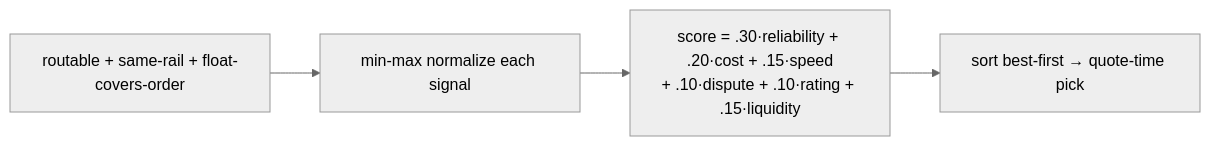
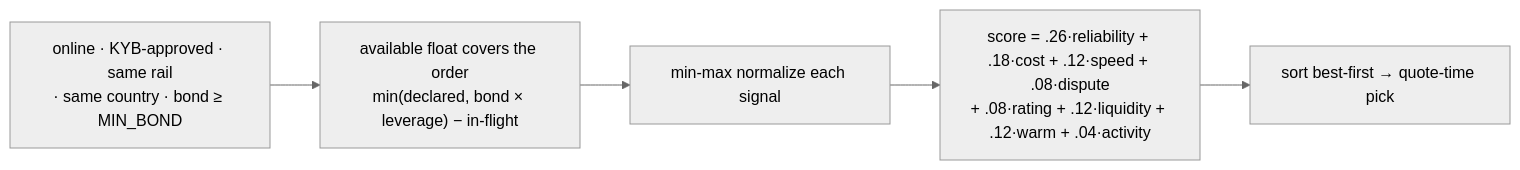
One commit to unabrijed/frenspay changed the third of 3 diagrams in monorepo/docs/06-offramp-and-settlement.md. Above: the diagram before and after it, drawn with Mermaid (neutral theme). The commit also changed other lines of this file and 11 other files, not shown here.

````diff
--- a/monorepo/docs/06-offramp-and-settlement.md
+++ b/monorepo/docs/06-offramp-and-settlement.md
@@ -90,6 +103,7 @@
 ```mermaid
 flowchart LR
-    A["routable + same-rail + float-covers-order"] --> N["min-max normalize each signal"]
-    N --> S["score = .30·reliability + .20·cost + .15·speed<br/>+ .10·dispute + .10·rating + .15·liquidity"]
+    A["online · KYB-approved · same rail<br/>· same country · bond ≥ MIN_BOND"] --> F["available float covers the order<br/>min(declared, bond × leverage) − in-flight"]
+    F --> N["min-max normalize each signal"]
+    N --> S["score = .26·reliability + .18·cost + .12·speed + .08·dispute<br/>+ .08·rating + .12·liquidity + .12·warm + .04·activity"]
     S --> P["sort best-first → quote-time pick"]
 ```
````
